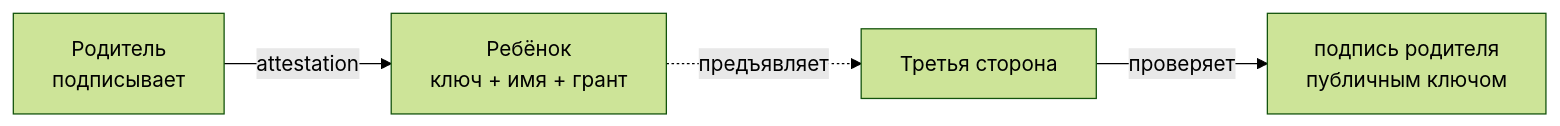
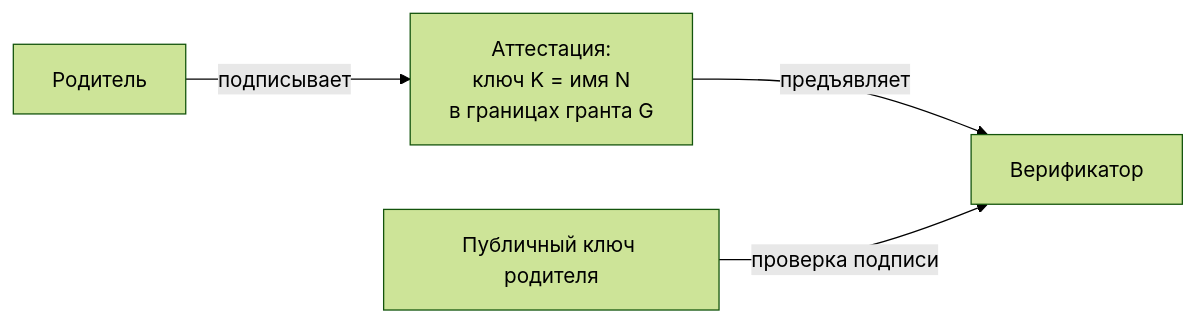
The first of 2 diagrams in src/content/blog/ru/attestation-chains-delegated-trust.md (me2em-org/me2em-website), drawn with Mermaid (forest theme) before and after one commit. The commit also changed other lines of this file and 13 other files, not shown here.

````diff
--- a/src/content/blog/ru/attestation-chains-delegated-trust.md
+++ b/src/content/blog/ru/attestation-chains-delegated-trust.md
@@ -31,6 +31,6 @@
 ```mermaid
 flowchart LR
-    P["Родитель<br/>подписывает"] -->|"attestation"| C["Ребёнок<br/>ключ + имя + грант"]
-    V["Третья сторона"] -->|"проверяет"| P2["подпись родителя<br/>публичным ключом"]
-    C -.->|"предъявляет"| V
+    P["Родитель"] -->|"подписывает"| A["Аттестация:<br/>ключ K = имя N<br/>в границах гранта G"]
+    A -->|"предъявляет"| V["Верификатор"]
+    PK["Публичный ключ родителя"] -->|"проверка подписи"| V
 ```
````
